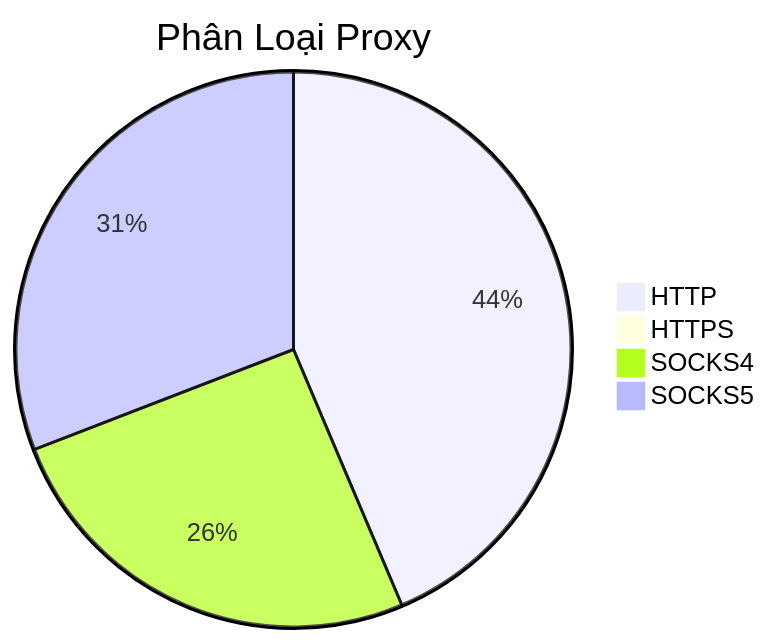
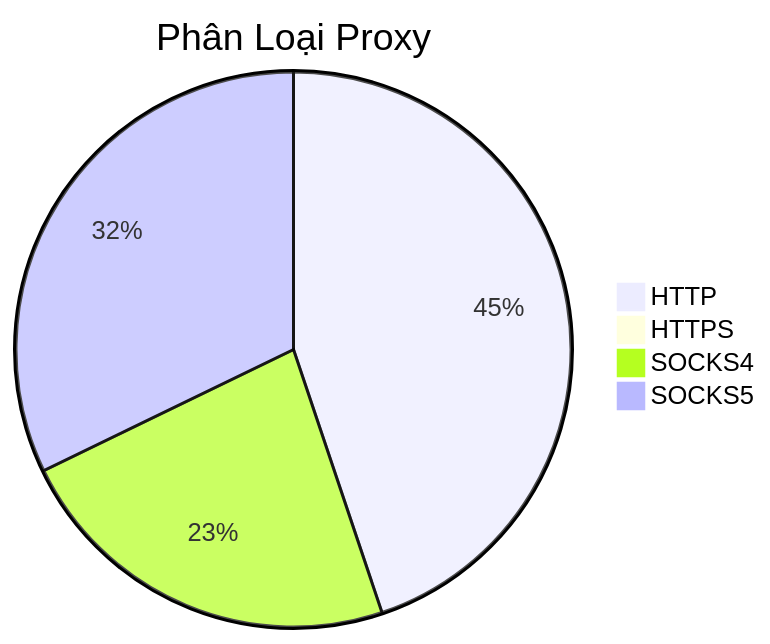
The diagram in README.md (Ciara-12/PROXY-free), drawn with Mermaid before and after one commit. The commit also changed other lines of this file and 4 other files, not shown here.

````diff
--- a/README.md
+++ b/README.md
@@ -26,7 +26,7 @@
 ```mermaid
 pie title Phân Loại Proxy
-    "HTTP" : 523
-    "HTTPS" : 0
-    "SOCKS4" : 306
-    "SOCKS5" : 370
+    "HTTP" : 560
+    "HTTPS" : 1
+    "SOCKS4" : 287
+    "SOCKS5" : 402
 ```
````
